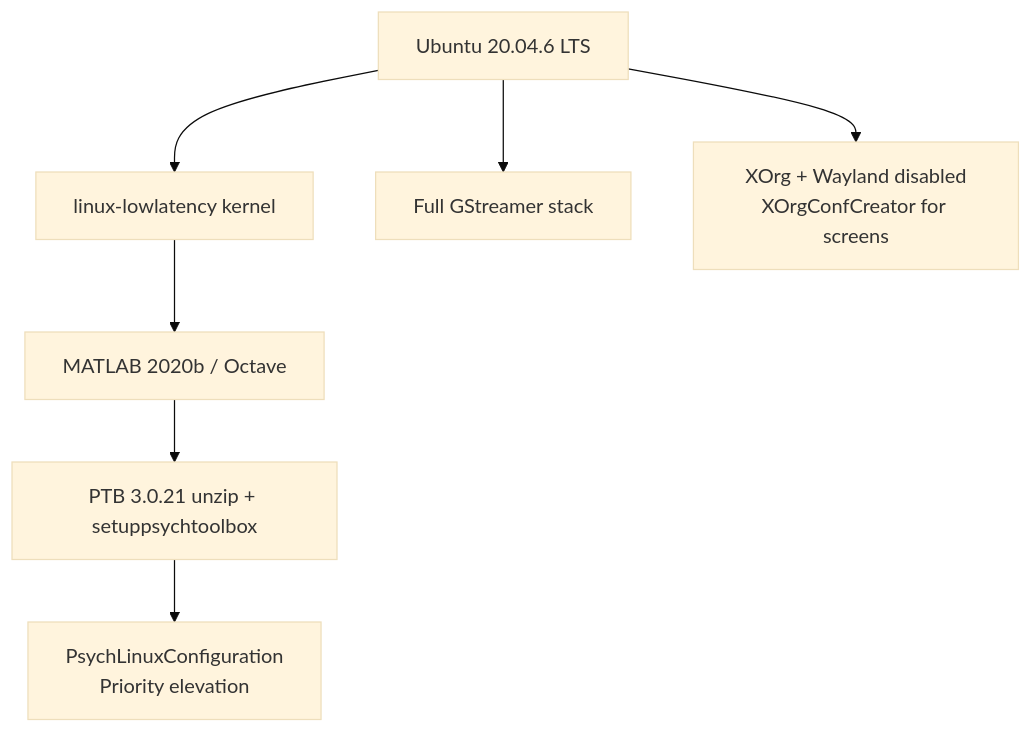
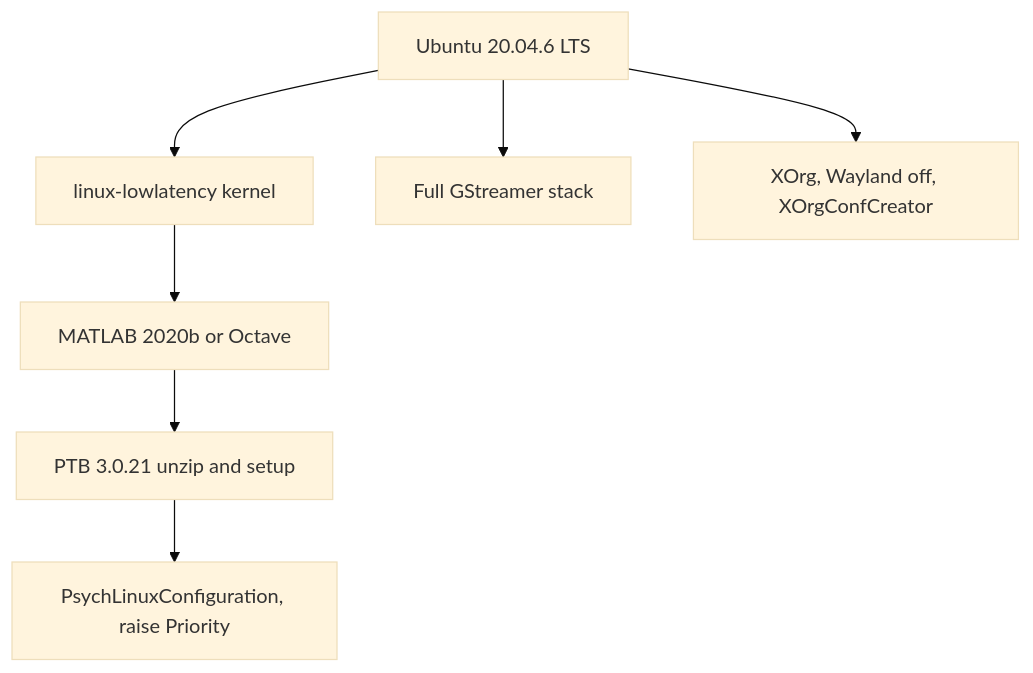
One commit to Echoguwy/ptb-av-timing changed the third of 6 diagrams in High-Precision-AV-Stimulation-Manual.md. Above: the diagram before and after it, drawn with Mermaid (base theme). The commit also changed other lines of this file and 1 other file, not shown here.

Commit message:
Fix English Mermaid diagrams that GitHub could not parse.

````diff
--- a/High-Precision-AV-Stimulation-Manual.md
+++ b/High-Precision-AV-Stimulation-Manual.md
@@ -101,9 +101,9 @@
 ```mermaid
 flowchart TD
-    U[Ubuntu 20.04.6 LTS] --> K[linux-lowlatency kernel]
-    K --> M[MATLAB 2020b / Octave]
-    M --> P[PTB 3.0.21 unzip + setuppsychtoolbox]
-    U --> G[Full GStreamer stack]
-    U --> X[XOrg + Wayland disabled<br/>XOrgConfCreator for screens]
-    P --> C[PsychLinuxConfiguration<br/>Priority elevation]
+    U["Ubuntu 20.04.6 LTS"] --> K["linux-lowlatency kernel"]
+    K --> M["MATLAB 2020b or Octave"]
+    M --> P["PTB 3.0.21 unzip and setup"]
+    U --> G["Full GStreamer stack"]
+    U --> X["XOrg, Wayland off, XOrgConfCreator"]
+    P --> C["PsychLinuxConfiguration, raise Priority"]
 ```
````
